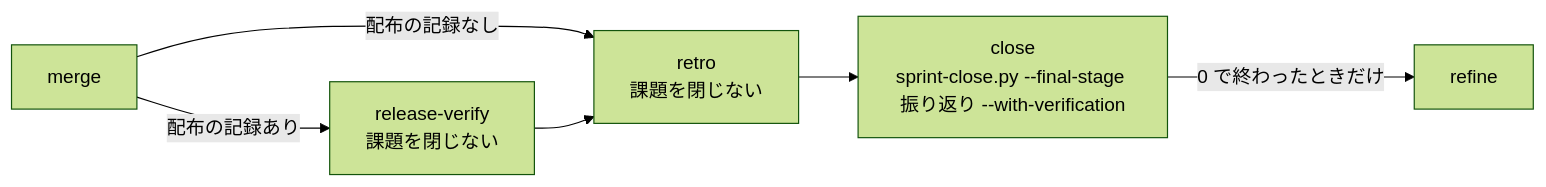
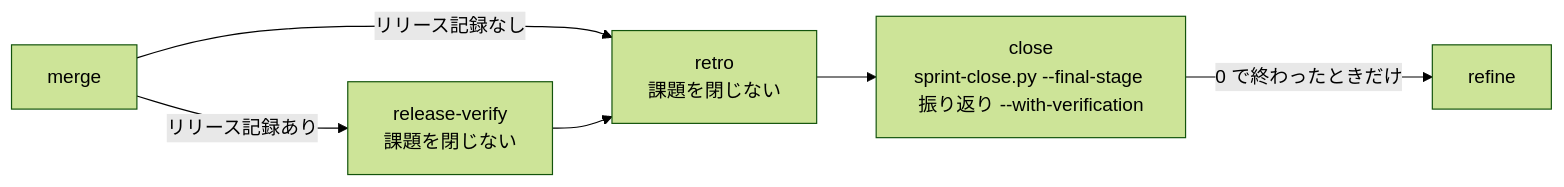
Before and after one commit to devbasex/ai-plugins: the third of 3 diagrams in docs/specifications/ndf-sprint-close-final-stage.md, drawn with Mermaid (forest theme). The commit also changed other lines of this file and 79 other files, not shown here.

````diff
--- a/docs/specifications/ndf-sprint-close-final-stage.md
+++ b/docs/specifications/ndf-sprint-close-final-stage.md
@@ -158,8 +158,8 @@
 ```mermaid
 flowchart LR
-  M[merge] -->|配布の記録あり| RV[release-verify<br/>課題を閉じない]
-  M -->|配布の記録なし| RT
+  M[merge] -->|リリース記録あり| RV[release-verify<br/>課題を閉じない]
+  M -->|リリース記録なし| RT
   RV --> RT[retro<br/>課題を閉じない]
   RT --> CL[close<br/>sprint-close.py --final-stage 振り返り --with-verification]
   CL -->|0 で終わったときだけ| RF[refine]
 ```
````
